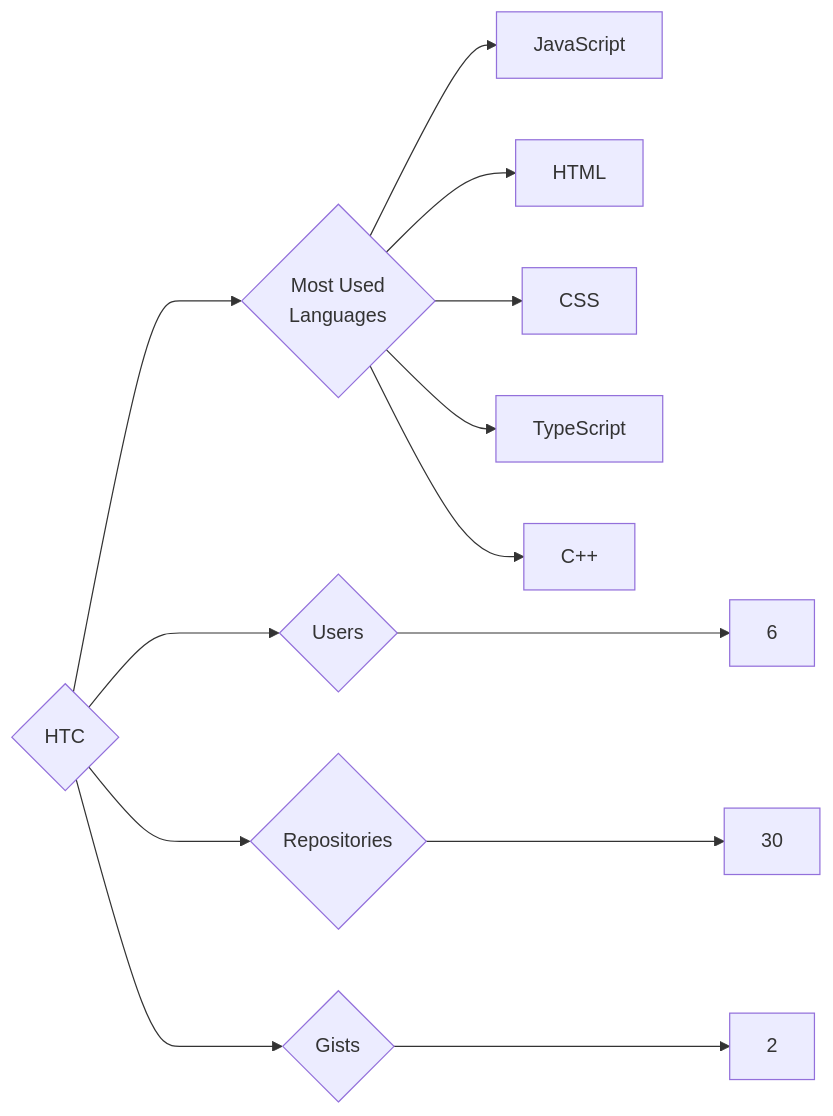
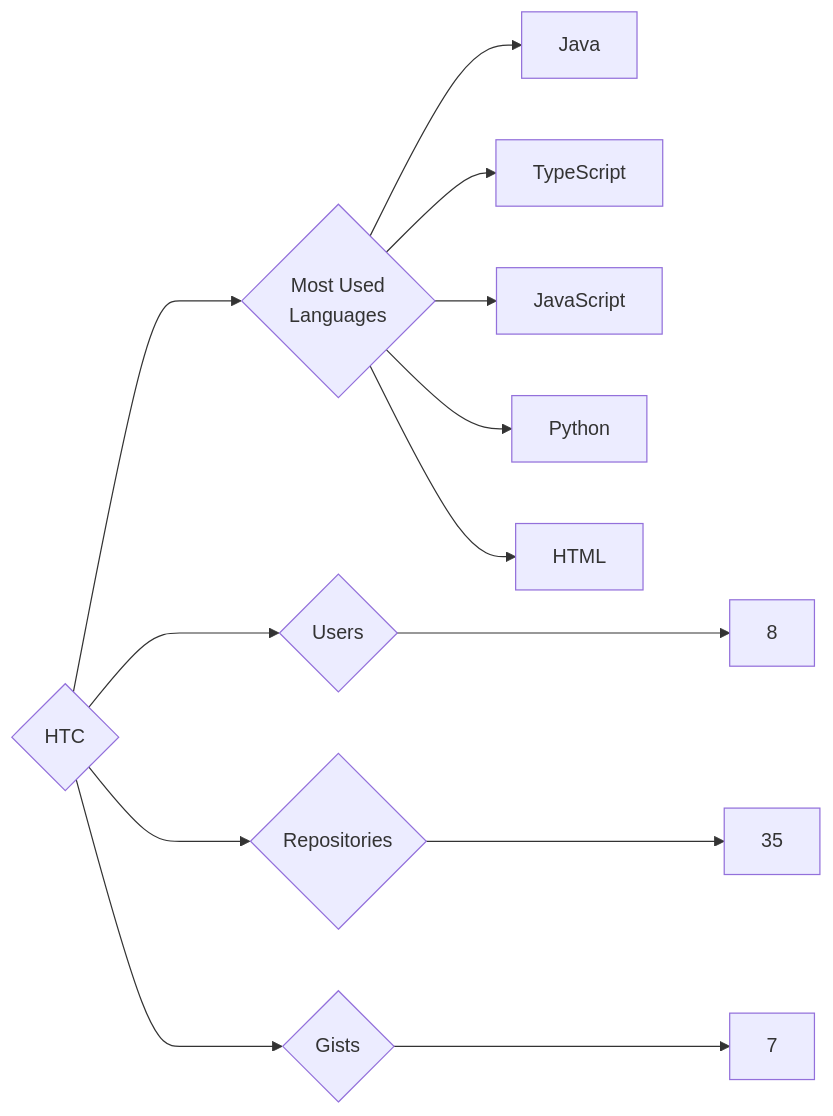
One commit to trickest/insiders changed the diagram in targets/HTC/README.md. Above: the diagram before and after it, drawn with Mermaid. The commit also changed 1120 other files, not shown here.

````diff
--- a/targets/HTC/README.md
+++ b/targets/HTC/README.md
@@ -3,13 +3,13 @@
 ```mermaid
 graph LR
 COMPANY_NAME{HTC}
-COMPANY_NAME ---> U{Users} ---> UN[6]
-COMPANY_NAME ---> R{Repositories} ---> RN[30]
-COMPANY_NAME ---> G{Gists} ---> GN[2]
+COMPANY_NAME ---> U{Users} ---> UN[8]
+COMPANY_NAME ---> R{Repositories} ---> RN[35]
+COMPANY_NAME ---> G{Gists} ---> GN[7]
 COMPANY_NAME ---> ML{Most Used<br>Languages}
+ML --> Java[Java]
+ML --> TypeScript[TypeScript]
 ML --> JavaScript[JavaScript]
+ML --> Python[Python]
 ML --> HTML[HTML]
-ML --> CSS[CSS]
-ML --> TypeScript[TypeScript]
-ML --> C++[C++]
 ```
````
